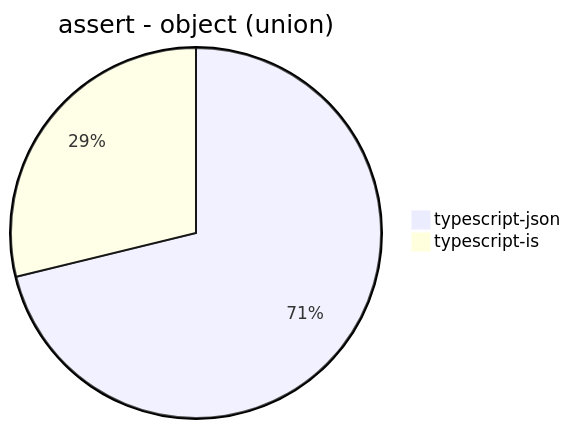
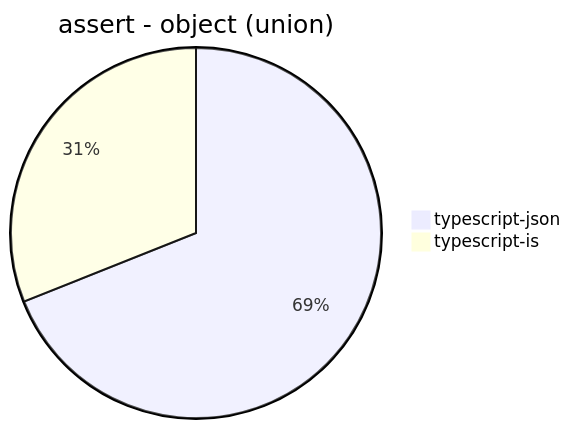
One commit to samchon/typia changed the third of 30 diagrams in benchmark/results/AMD Ryzen 7 5800H with Radeon Graphics         .md. Above: the diagram before and after it, drawn with Mermaid. The commit also changed other lines of this file, not shown here.

````diff
--- a/benchmark/results/AMD Ryzen 7 5800H with Radeon Graphics         .md
+++ b/benchmark/results/AMD Ryzen 7 5800H with Radeon Graphics         .md
@@ -31,5 +31,5 @@
 ```mermaid
 pie title assert - object (union)
-  "typescript-json": 5049.419140697031
-  "typescript-is": 2042.7397260273974
+  "typescript-json": 4684.754069665675
+  "typescript-is": 2108.0830552465704
 ```
````
